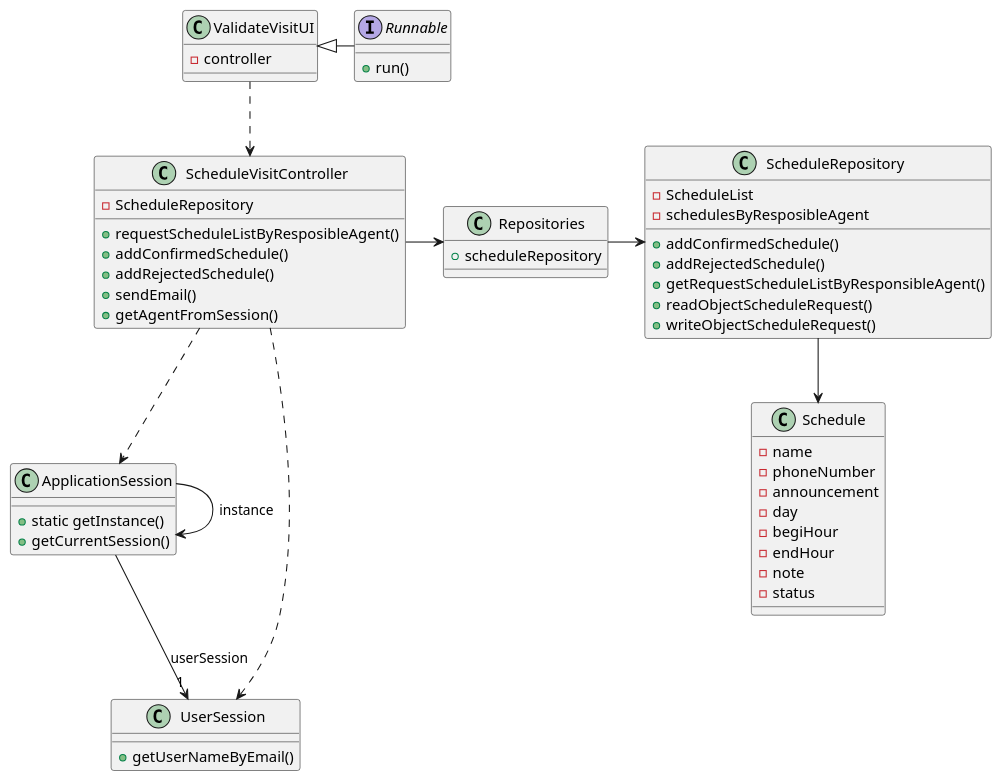
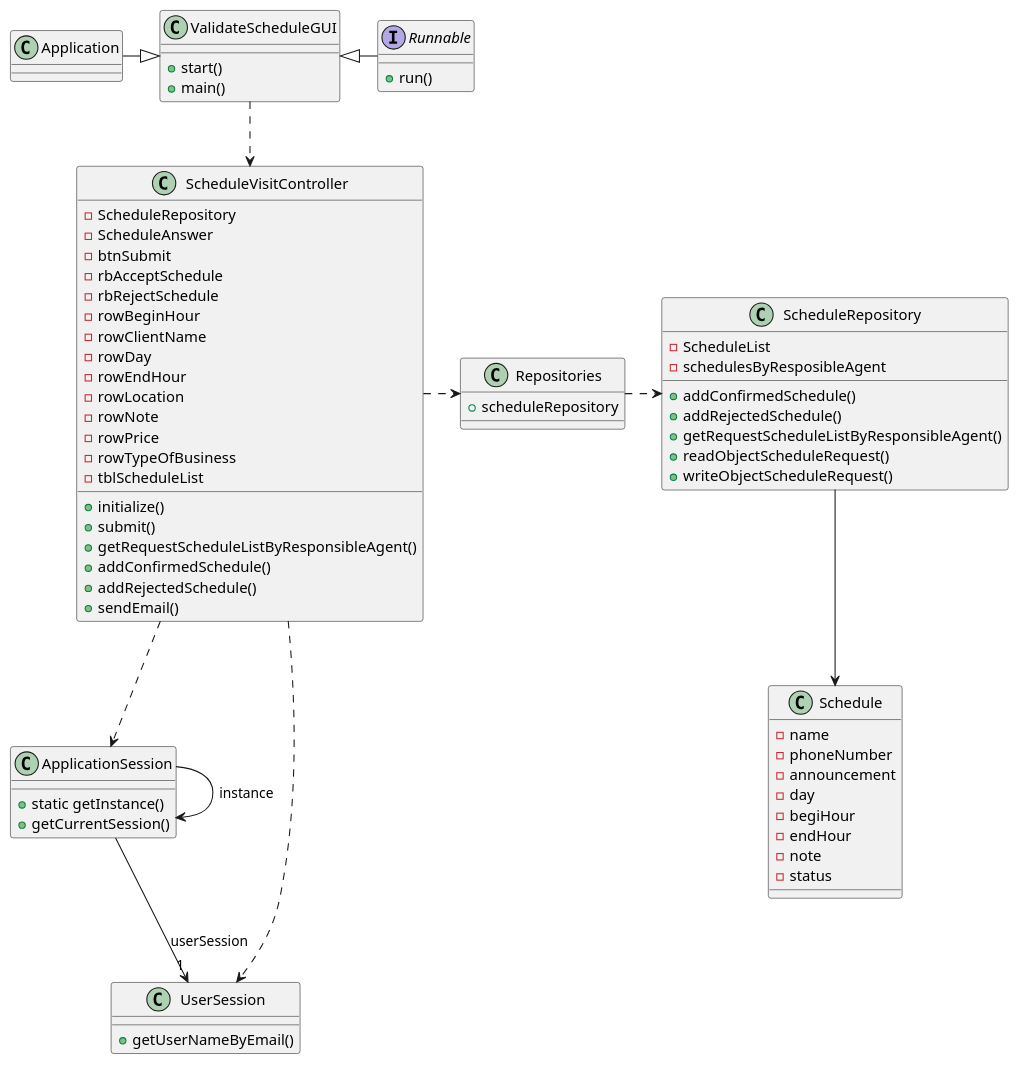
Before and after one commit to tiagohcorreia/LAPR2: the diagram in docs/sprintD/US016/03.design/puml/CD.puml, drawn with PlantUML. The commit also changed 3 other files, not shown here.

```diff
--- a/docs/sprintD/US016/03.design/puml/CD.puml
+++ b/docs/sprintD/US016/03.design/puml/CD.puml
@@ -1,71 +1,88 @@
 @startuml
 
 interface Runnable {
     + run()
 }
 
-class ValidateVisitUI {
-    - controller
+class ValidateScheduleGUI {
+    + start()
+    + main()
 }
 
+
 class ScheduleVisitController {
+
     - ScheduleRepository
-
-    + requestScheduleListByResposibleAgent()
+    - ScheduleAnswer
+    - btnSubmit
+    - rbAcceptSchedule
+    - rbRejectSchedule
+    - rowBeginHour
+    - rowClientName
+    - rowDay
+    - rowEndHour
+    - rowLocation
+    - rowNote
+    - rowPrice
+    - rowTypeOfBusiness
+    - tblScheduleList
+    + initialize()
+    + submit()
+    + getRequestScheduleListByResponsibleAgent()
     + addConfirmedSchedule()
     + addRejectedSchedule()
     + sendEmail()
-    + getAgentFromSession()
 }
 
 class ApplicationSession
 {
     + static getInstance()
     + getCurrentSession()
 }
 
 class UserSession
 {
     + getUserNameByEmail()
 }
 class Schedule {
 
     - name
     - phoneNumber
     - announcement
     - day
     - begiHour
     - endHour
     - note
     - status
 }
 class Repositories {
 
     + scheduleRepository
 }
 class ScheduleRepository {
 
     - ScheduleList
     - schedulesByResposibleAgent
     + addConfirmedSchedule()
     + addRejectedSchedule()
     + getRequestScheduleListByResponsibleAgent()
     + readObjectScheduleRequest()
     + writeObjectScheduleRequest()
 
 }
 
 
-Runnable -left-|> ValidateVisitUI
+Runnable -left-|> ValidateScheduleGUI
+Application -right-|> ValidateScheduleGUI
 ApplicationSession -> ApplicationSession : instance
 ApplicationSession --> "1" UserSession : userSession
 ScheduleVisitController ..> ApplicationSession
 ScheduleVisitController ..> UserSession
 
-ValidateVisitUI ..> ScheduleVisitController
-ScheduleVisitController -> Repositories
-Repositories -> ScheduleRepository
+ValidateScheduleGUI ..> ScheduleVisitController
+ScheduleVisitController .right.> Repositories
+Repositories .right.> ScheduleRepository
 
 ScheduleRepository --> Schedule
 
 @enduml
```
